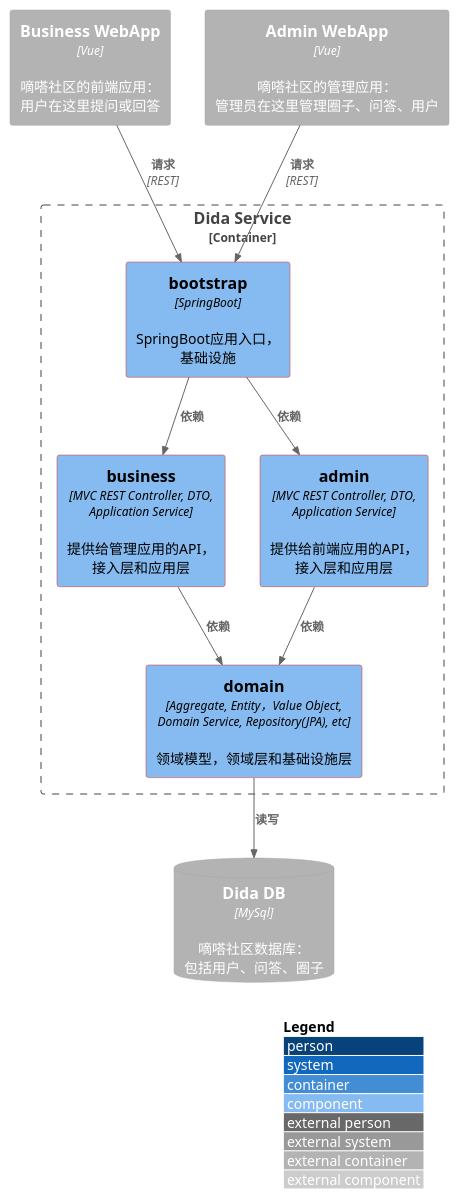
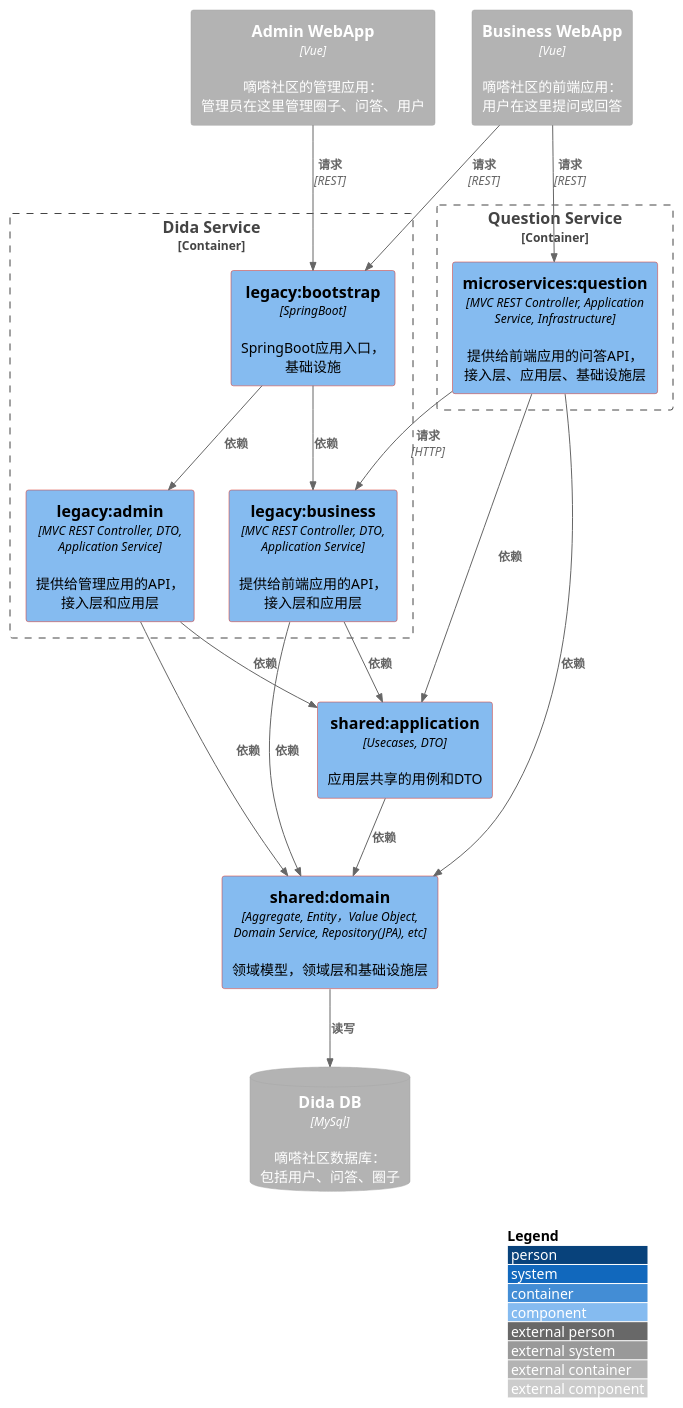
One commit to qinyu/ddd-lite-example changed the diagram in c4models/didaqa_component.puml. Above: the diagram before and after it, drawn with PlantUML. The commit also changed 1 other file, not shown here.

```diff
--- a/c4models/didaqa_component.puml
+++ b/c4models/didaqa_component.puml
@@ -1,30 +1,43 @@
 @startuml
 !include includes/C4_Component.puml
 LAYOUT_WITH_LEGEND()
 
 AddElementTag("covered", $borderColor="#d73027")
 
 Container_Ext(DidaBusinessWeb, "Business WebApp", "Vue", "嘀嗒社区的前端应用：用户在这里提问或回答")
 Container_Ext(DidaAdminWeb, "Admin WebApp", "Vue", "嘀嗒社区的管理应用：管理员在这里管理圈子、问答、用户")
 
-Container_Boundary(DidaApi, "Dida Service") {
-    Component(SpringBootApp, "bootstrap", "SpringBoot", "SpringBoot应用入口，基础设施", $tags="covered")
+Container_Boundary(DidaService, "Dida Service") {
+    Component(SpringBootApp, "legacy:bootstrap", "SpringBoot", "SpringBoot应用入口，基础设施", $tags="covered")
 
-    Component(AdminApi, "business", "MVC REST Controller, DTO, Application Service", "提供给管理应用的API，接入层和应用层", $tags="covered")
-    Component(BusinessApi, "admin", "MVC REST Controller, DTO, Application Service", "提供给前端应用的API，接入层和应用层", $tags="covered")
+    Component(AdminApi, "legacy:admin", "MVC REST Controller, DTO, Application Service", "提供给管理应用的API，接入层和应用层", $tags="covered")
+    Component(BusinessApi, "legacy:business", "MVC REST Controller, DTO, Application Service", "提供给前端应用的API，接入层和应用层", $tags="covered")
 
-    Component(DomainModel, "domain", "Aggregate, Entity，Value Object, Domain Service, Repository(JPA), etc", "领域模型，领域层和基础设施层", $tags="covered")
+}
+Component(DomainModel, "shared:domain", "Aggregate, Entity，Value Object, Domain Service, Repository(JPA), etc", "领域模型，领域层和基础设施层", $tags="covered")
+Component(ApplicationCommon, "shared:application", "Usecases, DTO", "应用层共享的用例和DTO", $tags="covered")
+
+Container_Boundary(QuestionService, "Question Service") {
+    Component(QuestionApi, "microservices:question", "MVC REST Controller, Application Service, Infrastructure", "提供给前端应用的问答API，接入层、应用层、基础设施层", $tags="covered")
 }
 
 ContainerDb_Ext(DidaDb, "Dida DB", "MySql", "嘀嗒社区数据库：包括用户、问答、圈子")
 Rel(DidaBusinessWeb, SpringBootApp, "请求", "REST")
+Rel(DidaBusinessWeb, QuestionApi, "请求", "REST")
 Rel(DidaAdminWeb, SpringBootApp, "请求", "REST")
 
 Rel(BusinessApi, DomainModel, "依赖")
 Rel(AdminApi, DomainModel, "依赖")
+Rel(ApplicationCommon, DomainModel, "依赖")
+Rel(QuestionApi, DomainModel, "依赖")
+
+Rel(BusinessApi, ApplicationCommon, "依赖")
+Rel(AdminApi, ApplicationCommon, "依赖")
+Rel(QuestionApi, ApplicationCommon, "依赖")
+Rel(QuestionApi, BusinessApi, "请求", "HTTP")
 
 Rel(SpringBootApp, BusinessApi, "依赖")
 Rel(SpringBootApp, AdminApi, "依赖")
 
 Rel(DomainModel, DidaDb, "读写")
 @enduml
```
